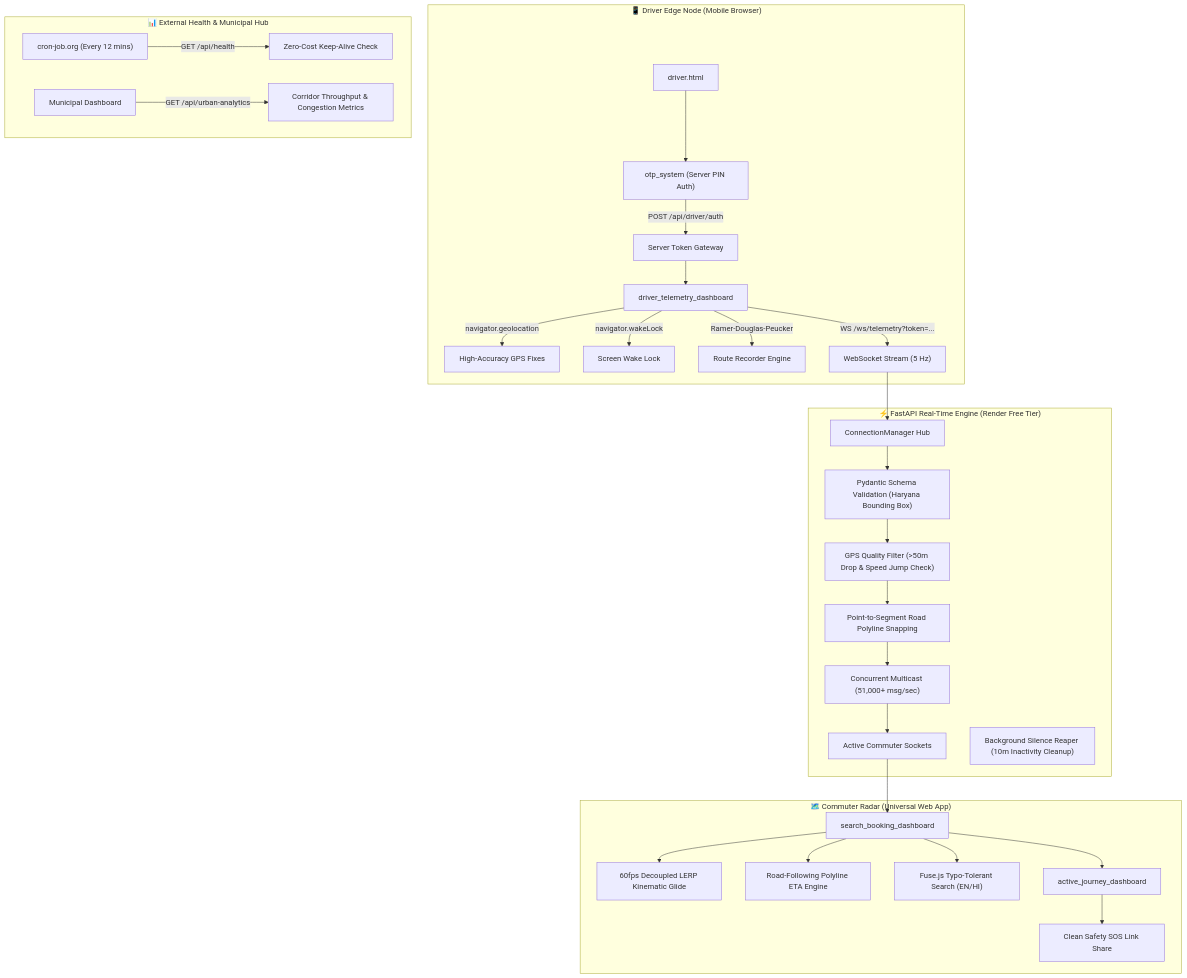
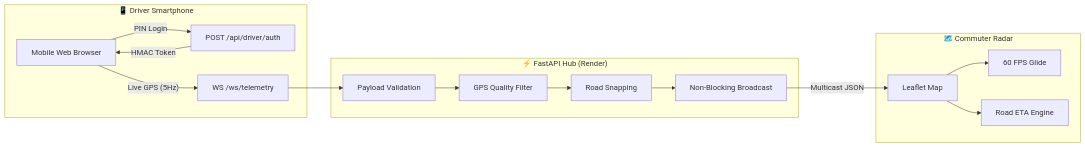
The diagram in README.md (bhumikaghai/BusRadar), drawn with Mermaid before and after one commit. The commit also changed other lines of this file and 1 other file, not shown here.

Commit message:
docs: streamline README with live deployment access links and clean essentials

````diff
--- a/README.md
+++ b/README.md
@@ -71,36 +67,21 @@
 ```mermaid
-flowchart TD
-    subgraph DriverEdge["📱 Driver Edge Node (Mobile Browser)"]
-        D1["driver.html"] --> D2["otp_system (Server PIN Auth)"]
-        D2 -->|"POST /api/driver/auth"| AUTH["Server Token Gateway"]
-        AUTH --> D3["driver_telemetry_dashboard"]
-        D3 -->|"navigator.geolocation"| GPS["High-Accuracy GPS Fixes"]
-        D3 -->|"navigator.wakeLock"| WL["Screen Wake Lock"]
-        D3 -->|"Ramer-Douglas-Peucker"| RDP["Route Recorder Engine"]
-        D3 -->|"WS /ws/telemetry?token=..."| WSS["WebSocket Stream (5 Hz)"]
+flowchart LR
+    subgraph Driver["📱 Driver Smartphone"]
+        D1["Mobile Web Browser"] -->|"PIN Login"| AUTH["POST /api/driver/auth"]
+        AUTH -->|"HMAC Token"| D1
+        D1 -->|"Live GPS (5Hz)"| WS["WS /ws/telemetry"]
     end
 
-    subgraph BackendEngine["⚡ FastAPI Real-Time Engine (Render Free Tier)"]
-        WSS --> HUB["ConnectionManager Hub"]
-        HUB --> VAL["Pydantic Schema Validation (Haryana Bounding Box)"]
-        VAL --> FLT["GPS Quality Filter (>50m Drop & Speed Jump Check)"]
-        FLT --> SNAP["Point-to-Segment Road Polyline Snapping"]
-        SNAP --> BROADCAST["Concurrent Multicast (51,000+ msg/sec)"]
-        BROADCAST --> PUB["Active Commuter Sockets"]
-        CLEAN["Background Silence Reaper (10m Inactivity Cleanup)"]
+    subgraph Hub["⚡ FastAPI Hub (Render)"]
+        WS --> VAL["Payload Validation"]
+        VAL --> FLT["GPS Quality Filter"]
+        FLT --> SNAP["Road Snapping"]
+        SNAP --> BC["Non-Blocking Broadcast"]
     end
 
-    subgraph CommuterRadar["🗺️ Commuter Radar (Universal Web App)"]
-        PUB --> C1["search_booking_dashboard"]
-        C1 --> LERP["60fps Decoupled LERP Kinematic Glide"]
-        C1 --> ETA["Road-Following Polyline ETA Engine"]
-        C1 --> FUSE["Fuse.js Typo-Tolerant Search (EN/HI)"]
-        C1 --> C2["active_journey_dashboard"]
-        C2 --> SOS["Clean Safety SOS Link Share"]
-    end
-
-    subgraph Monitoring["📊 External Health & Municipal Hub"]
-        CRON["cron-job.org (Every 12 mins)"] -->|"GET /api/health"| HEALTH["Zero-Cost Keep-Alive Check"]
-        MUNI["Municipal Dashboard"] -->|"GET /api/urban-analytics"| ANALYTICS["Corridor Throughput & Congestion Metrics"]
+    subgraph Commuter["🗺️ Commuter Radar"]
+        BC -->|"Multicast JSON"| C1["Leaflet Map"]
+        C1 --> LERP["60 FPS Glide"]
+        C1 --> ETA["Road ETA Engine"]
     end
 ```
````
